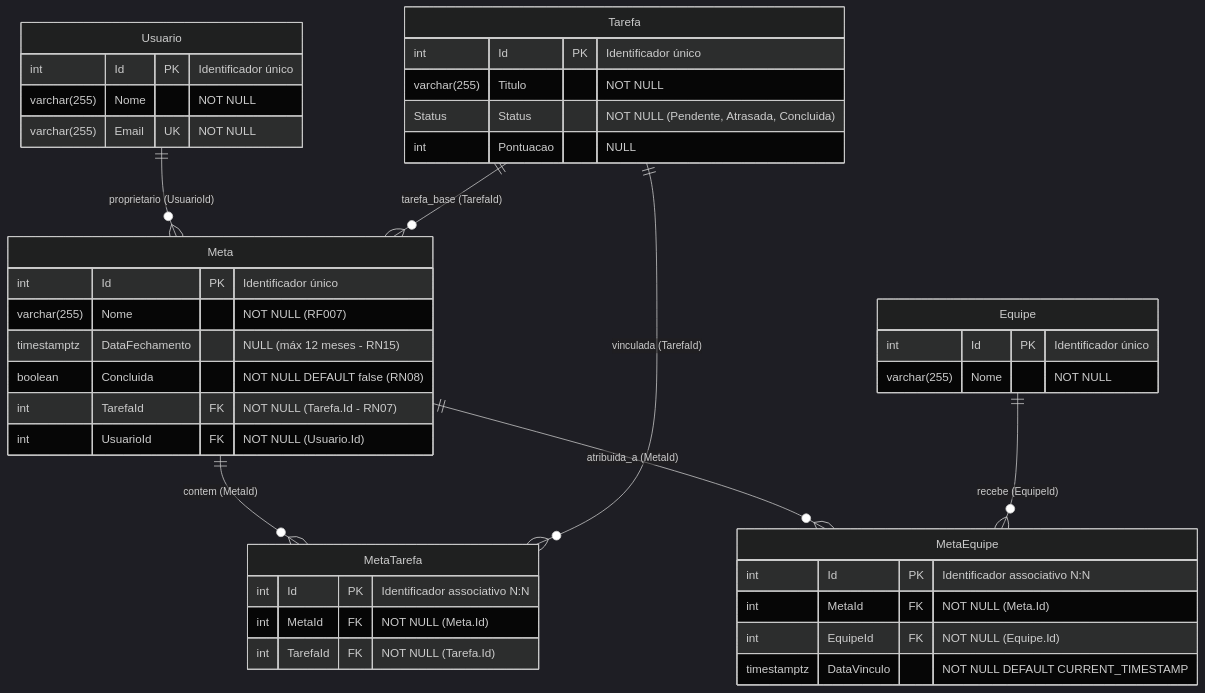
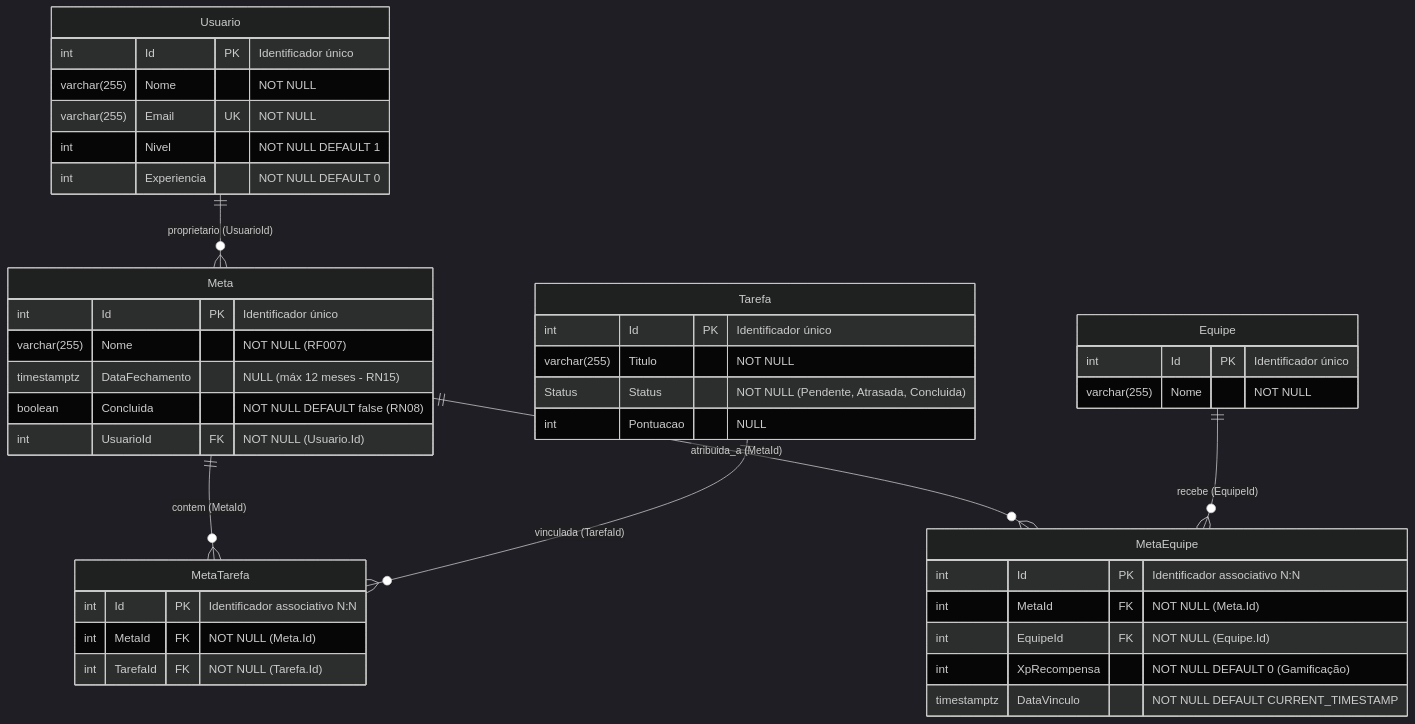
Before and after one commit to aikovlr/Cortex-backend: diagram 35 of 36 in DIAGRAMAS.md, drawn with Mermaid (dark theme). The commit also changed other lines of this file and 30 other files, not shown here.

Commit message:
feat(metas, usuarios): adicionar nivel e xp a usuarios, recompensa de xp em meta de equipe e normalizar relacionamento de tarefas

````diff
--- a/DIAGRAMAS.md
+++ b/DIAGRAMAS.md
@@ -3661,49 +3773,50 @@
 ```mermaid
 erDiagram
     Usuario ||--o{ Meta : "proprietario (UsuarioId)"
-    Tarefa ||--o{ Meta : "tarefa_base (TarefaId)"
     Meta ||--o{ MetaTarefa : "contem (MetaId)"
     Tarefa ||--o{ MetaTarefa : "vinculada (TarefaId)"
     Meta ||--o{ MetaEquipe : "atribuida_a (MetaId)"
     Equipe ||--o{ MetaEquipe : "recebe (EquipeId)"
 
     Usuario {
         int Id PK "Identificador único"
         varchar(255) Nome "NOT NULL"
         varchar(255) Email UK "NOT NULL"
+        int Nivel "NOT NULL DEFAULT 1"
+        int Experiencia "NOT NULL DEFAULT 0"
     }
 
     Equipe {
         int Id PK "Identificador único"
         varchar(255) Nome "NOT NULL"
     }
 
     Tarefa {
         int Id PK "Identificador único"
         varchar(255) Titulo "NOT NULL"
         Status Status "NOT NULL (Pendente, Atrasada, Concluida)"
         int Pontuacao "NULL"
     }
 
     Meta {
         int Id PK "Identificador único"
         varchar(255) Nome "NOT NULL (RF007)"
         timestamptz DataFechamento "NULL (máx 12 meses - RN15)"
         boolean Concluida "NOT NULL DEFAULT false (RN08)"
-        int TarefaId FK "NOT NULL (Tarefa.Id - RN07)"
         int UsuarioId FK "NOT NULL (Usuario.Id)"
     }
 
     MetaTarefa {
         int Id PK "Identificador associativo N:N"
         int MetaId FK "NOT NULL (Meta.Id)"
         int TarefaId FK "NOT NULL (Tarefa.Id)"
     }
 
     MetaEquipe {
         int Id PK "Identificador associativo N:N"
         int MetaId FK "NOT NULL (Meta.Id)"
         int EquipeId FK "NOT NULL (Equipe.Id)"
+        int XpRecompensa "NOT NULL DEFAULT 0 (Gamificação)"
         timestamptz DataVinculo "NOT NULL DEFAULT CURRENT_TIMESTAMP"
     }
 ```
````
